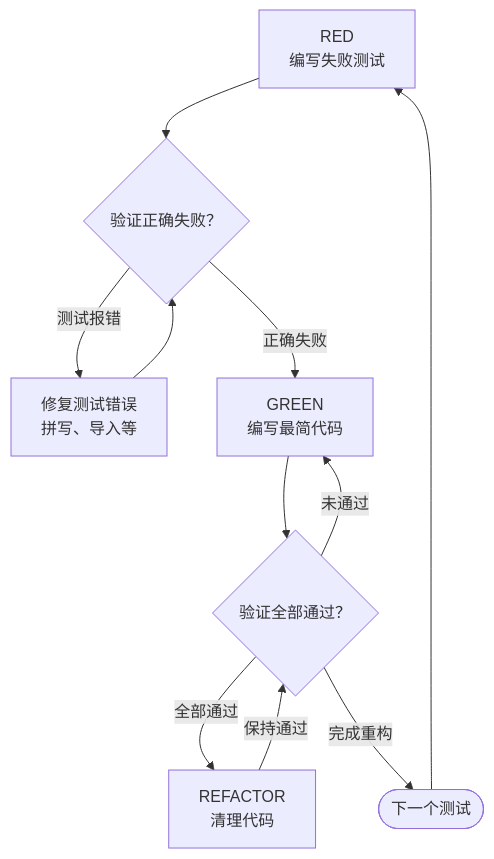
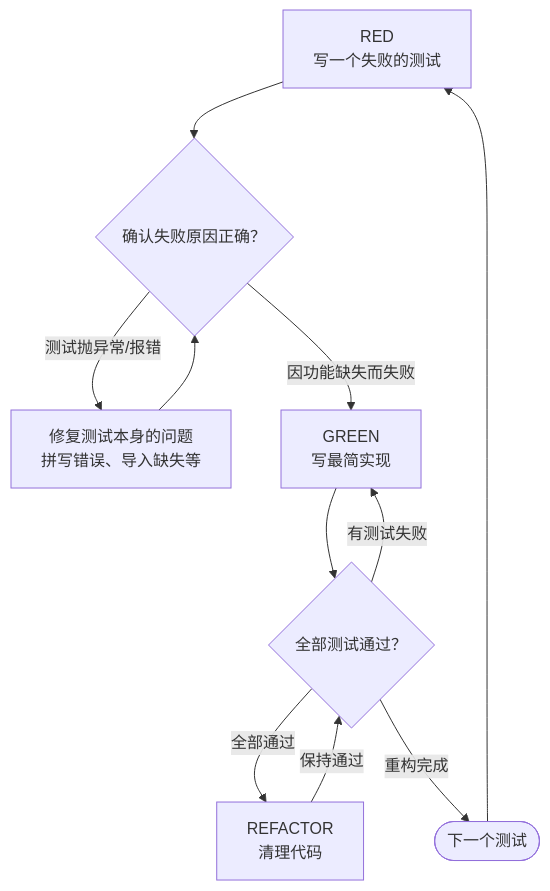
Before and after one commit to vaycentsun/sw-agiledevelopment: the diagram in sw-test-driven-dev/SKILL.md, drawn with Mermaid. The commit also changed other lines of this file and 6 other files, not shown here.

````diff
--- a/sw-test-driven-dev/SKILL.md
+++ b/sw-test-driven-dev/SKILL.md
@@ -41,13 +42,13 @@
 ```mermaid
 flowchart TD
-    Red[RED<br/>编写失败测试] --> VerifyRed{验证正确失败？}
-    VerifyRed -->|测试报错| FixRed[修复测试错误<br/>拼写、导入等]
+    Red[RED<br/>写一个失败的测试] --> VerifyRed{确认失败原因正确？}
+    VerifyRed -->|测试抛异常/报错| FixRed[修复测试本身的问题<br/>拼写错误、导入缺失等]
     FixRed --> VerifyRed
-    VerifyRed -->|正确失败| Green[GREEN<br/>编写最简代码]
-    Green --> VerifyGreen{验证全部通过？}
-    VerifyGreen -->|未通过| Green
+    VerifyRed -->|因功能缺失而失败| Green[GREEN<br/>写最简实现]
+    Green --> VerifyGreen{全部测试通过？}
+    VerifyGreen -->|有测试失败| Green
     VerifyGreen -->|全部通过| Refactor[REFACTOR<br/>清理代码]
     Refactor -->|保持通过| VerifyGreen
-    VerifyGreen -->|完成重构| Next([下一个测试])
+    VerifyGreen -->|重构完成| Next([下一个测试])
     Next --> Red
 ```
````
